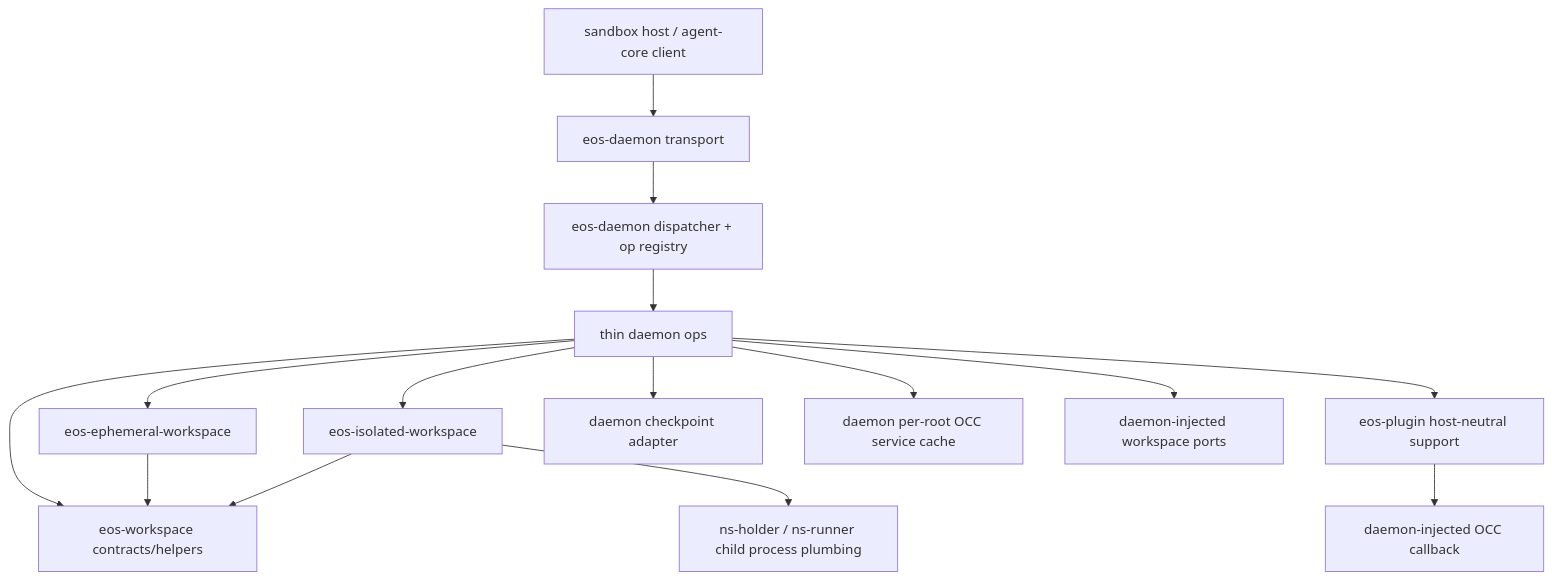
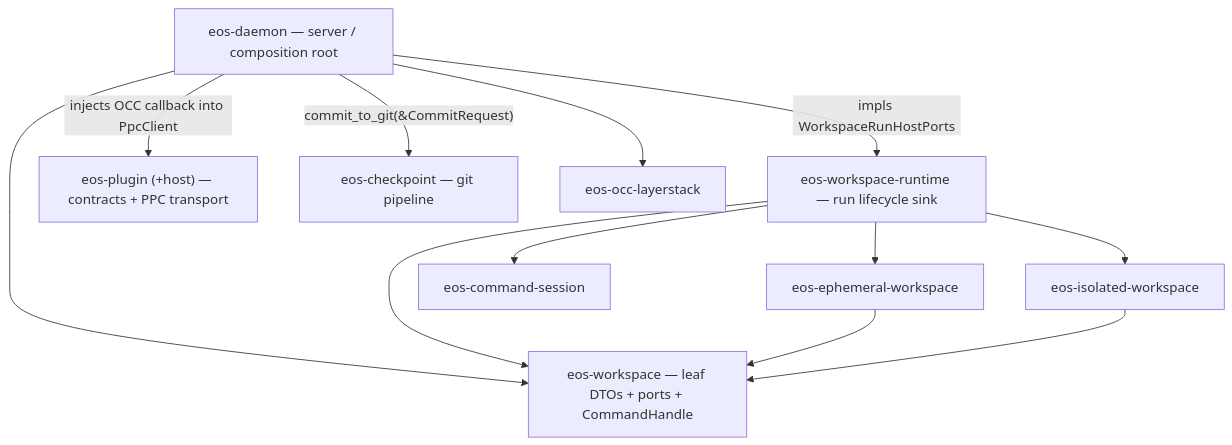
One commit to Ephemeral-AI-Lab/ephemeral-os changed the diagram in docs/plans/eos_daemon_srp_optimization_PLAN.md. Above: the diagram before and after it, drawn with Mermaid. The commit also changed other lines of this file and 2 other files, not shown here.

Commit message:
Clarify agent-run records and daemon SRP ownership

````diff
--- a/docs/plans/eos_daemon_srp_optimization_PLAN.md
+++ b/docs/plans/eos_daemon_srp_optimization_PLAN.md
@@ -54,19 +67,21 @@
 ```mermaid
 flowchart TD
-    Client["sandbox host / agent-core client"] --> Transport["eos-daemon transport"]
-    Transport --> Dispatcher["eos-daemon dispatcher + op registry"]
-    Dispatcher --> Ops["thin daemon ops"]
+    D["eos-daemon — server / composition root"]
+    RT["eos-workspace-runtime — run lifecycle sink"]
+    PL["eos-plugin (+host) — contracts + PPC transport"]
+    CK["eos-checkpoint — git pipeline"]
+    EPH["eos-ephemeral-workspace"]
+    ISO["eos-isolated-workspace"]
+    CMD["eos-command-session"]
+    OCC["eos-occ-layerstack"]
+    WS["eos-workspace — leaf DTOs + ports + CommandHandle"]
 
-    Ops --> Workspace["eos-workspace contracts/helpers"]
-    Ops --> Ephemeral["eos-ephemeral-workspace"]
-    Ops --> Isolated["eos-isolated-workspace"]
-    Ops --> Plugin["eos-plugin host-neutral support"]
-    Ops --> Checkpoint["daemon checkpoint adapter"]
-    Ephemeral --> Workspace
-    Isolated --> Workspace
-
-    Ops --> OccCache["daemon per-root OCC service cache"]
-    Plugin --> OccCallback["daemon-injected OCC callback"]
-    Ops --> RunPorts["daemon-injected workspace ports"]
-    Isolated --> NsChildren["ns-holder / ns-runner child process plumbing"]
+    D -- "impls WorkspaceRunHostPorts" --> RT
+    D -- "injects OCC callback into PpcClient" --> PL
+    D -- "commit_to_git(&CommitRequest)" --> CK
+    D --> OCC
+    D --> WS
+    RT --> EPH & ISO & CMD & WS
+    EPH --> WS
+    ISO --> WS
 ```
````
